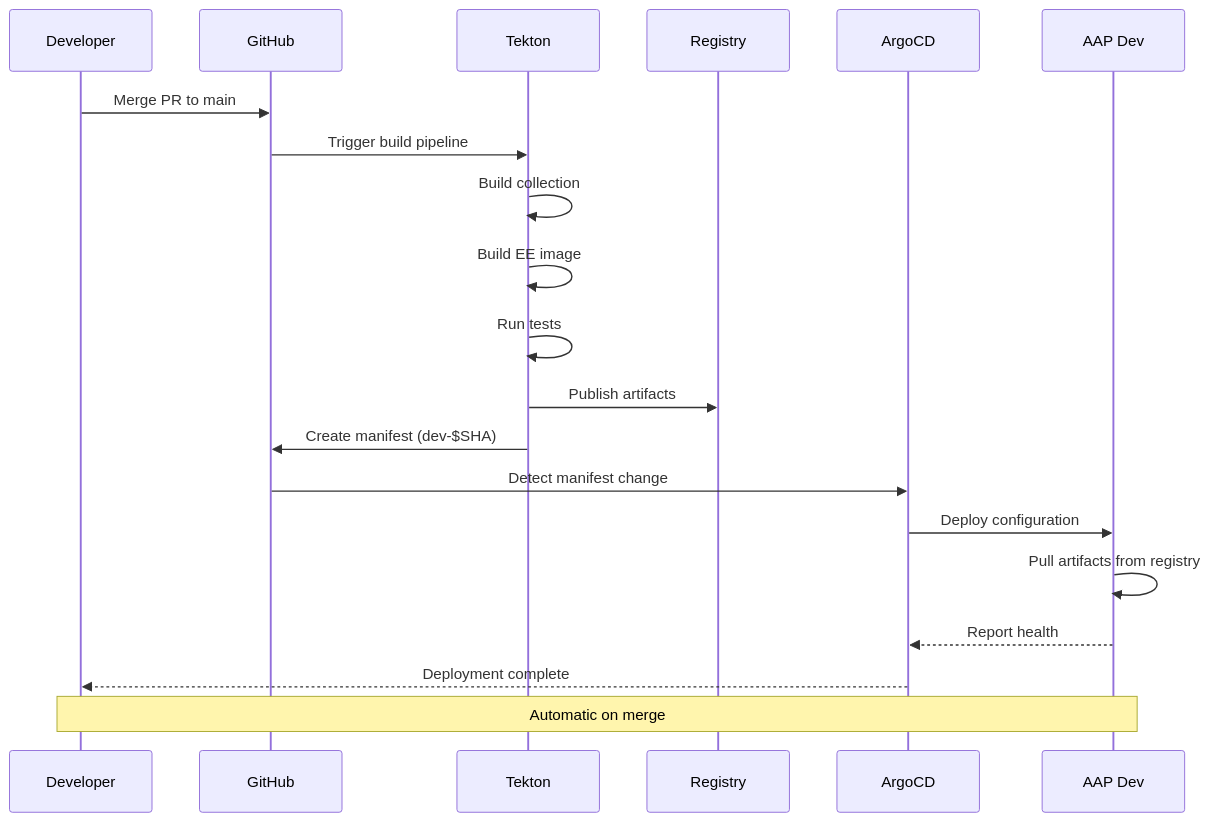
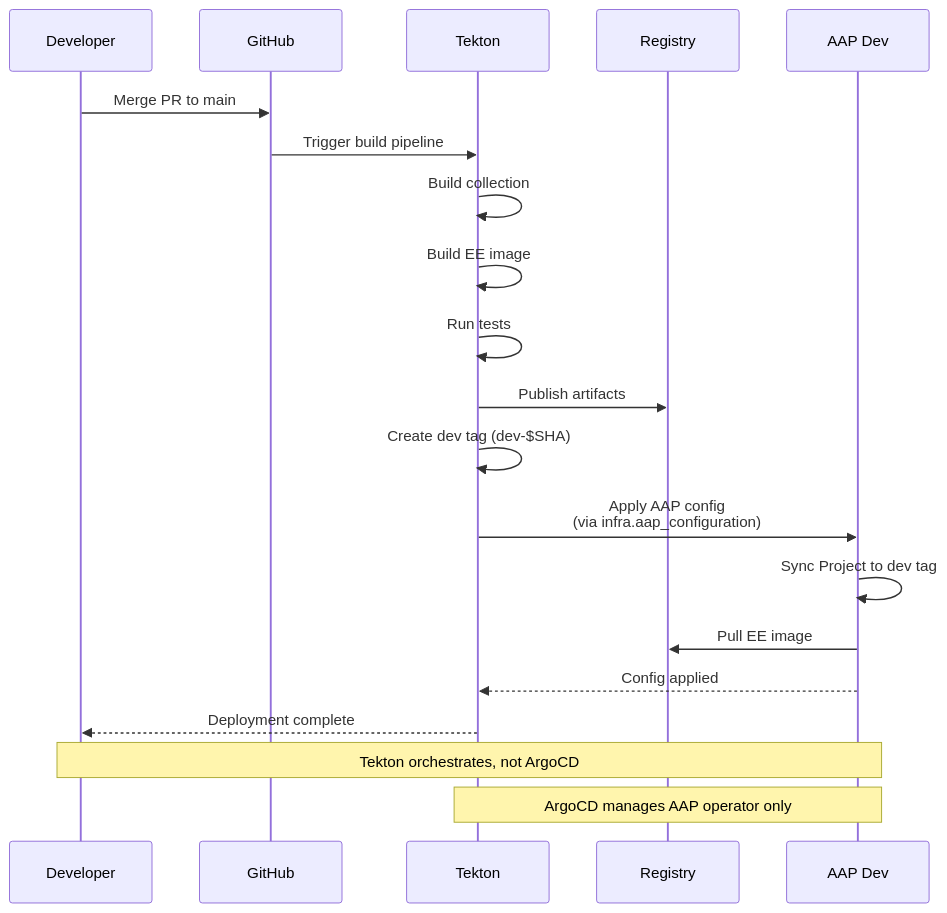
The fourth of 17 diagrams in docs/diagrams/PROMOTION-FLOW.md (djdanielsson/rh1-docs), drawn with Mermaid before and after one commit. The commit also changed other lines of this file, not shown here.

````diff
--- a/docs/diagrams/PROMOTION-FLOW.md
+++ b/docs/diagrams/PROMOTION-FLOW.md
@@ -203,26 +252,26 @@
 ```mermaid
 sequenceDiagram
     participant Dev as Developer
     participant GH as GitHub
     participant Tek as Tekton
     participant Reg as Registry
-    participant Argo as ArgoCD
     participant AAP_D as AAP Dev
 
     Dev->>GH: Merge PR to main
     GH->>Tek: Trigger build pipeline
     
     Tek->>Tek: Build collection
     Tek->>Tek: Build EE image
     Tek->>Tek: Run tests
     Tek->>Reg: Publish artifacts
-    Tek->>GH: Create manifest (dev-$SHA)
+    Tek->>Tek: Create dev tag (dev-$SHA)
     
-    GH->>Argo: Detect manifest change
-    Argo->>AAP_D: Deploy configuration
-    AAP_D->>AAP_D: Pull artifacts from registry
-    AAP_D-->>Argo: Report health
-    Argo-->>Dev: Deployment complete
+    Tek->>AAP_D: Apply AAP config<br/>(via infra.aap_configuration)
+    AAP_D->>AAP_D: Sync Project to dev tag
+    AAP_D->>Reg: Pull EE image
+    AAP_D-->>Tek: Config applied
+    Tek-->>Dev: Deployment complete
 
-    Note over Dev,AAP_D: Automatic on merge
+    Note over Dev,AAP_D: Tekton orchestrates, not ArgoCD
+    Note over Tek,AAP_D: ArgoCD manages AAP operator only
 ```
````
